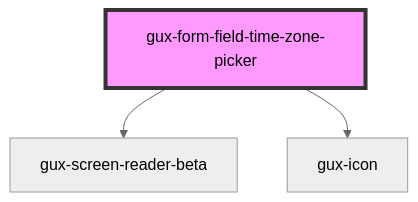
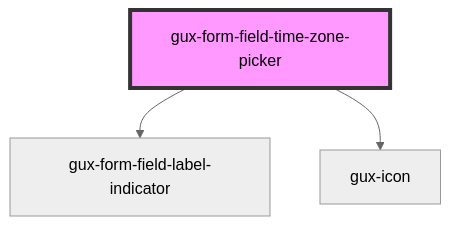
Before and after one commit to MyPureCloud/genesys-spark: the diagram in packages/genesys-spark-components/src/components/stable/gux-form-field/components/gux-form-field-time-zone-picker/readme.md, drawn with Mermaid (neutral theme). The commit also changed other lines of this file and 24 other files, not shown here.

````diff
--- a/packages/genesys-spark-components/src/components/stable/gux-form-field/components/gux-form-field-time-zone-picker/readme.md
+++ b/packages/genesys-spark-components/src/components/stable/gux-form-field/components/gux-form-field-time-zone-picker/readme.md
@@ -33,6 +34,6 @@
 ```mermaid
 graph TD;
-  gux-form-field-time-zone-picker --> gux-screen-reader-beta
+  gux-form-field-time-zone-picker --> gux-form-field-label-indicator
   gux-form-field-time-zone-picker --> gux-icon
   style gux-form-field-time-zone-picker fill:#f9f,stroke:#333,stroke-width:4px
 ```
````
